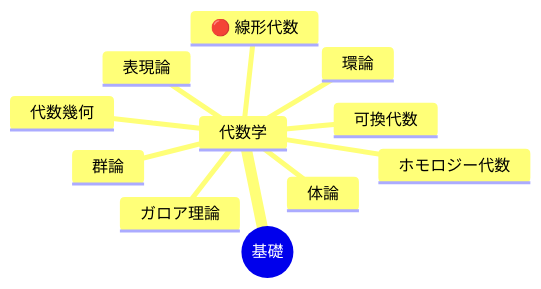
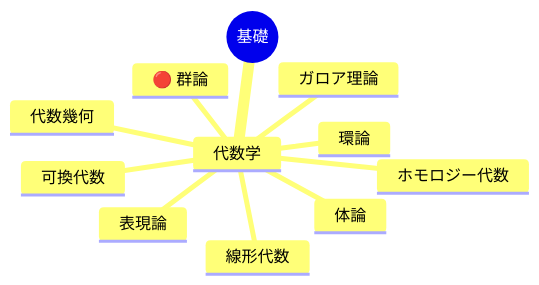
One commit to tomohikoseven/math_doc changed the second of 5 diagrams in src/content/docs/math/structures/0013_mathematics_overview.mdx. Above: the diagram before and after it, drawn with Mermaid. The commit also changed other lines of this file and 1 other file, not shown here.

Commit message:
docs(math): 現代数学の視点を優先し、代数学の学習順序で群論を筆頭に変更

````diff
--- a/src/content/docs/math/structures/0013_mathematics_overview.mdx
+++ b/src/content/docs/math/structures/0013_mathematics_overview.mdx
@@ -32,14 +32,14 @@
 ```mermaid
 mindmap
   root((基礎))
     代数学
-      🔴 線形代数
-      群論
+      線形代数
+      🔴 群論
       環論
       体論
       ガロア理論
       表現論
       可換代数
       ホモロジー代数
       代数幾何
 ```
````
